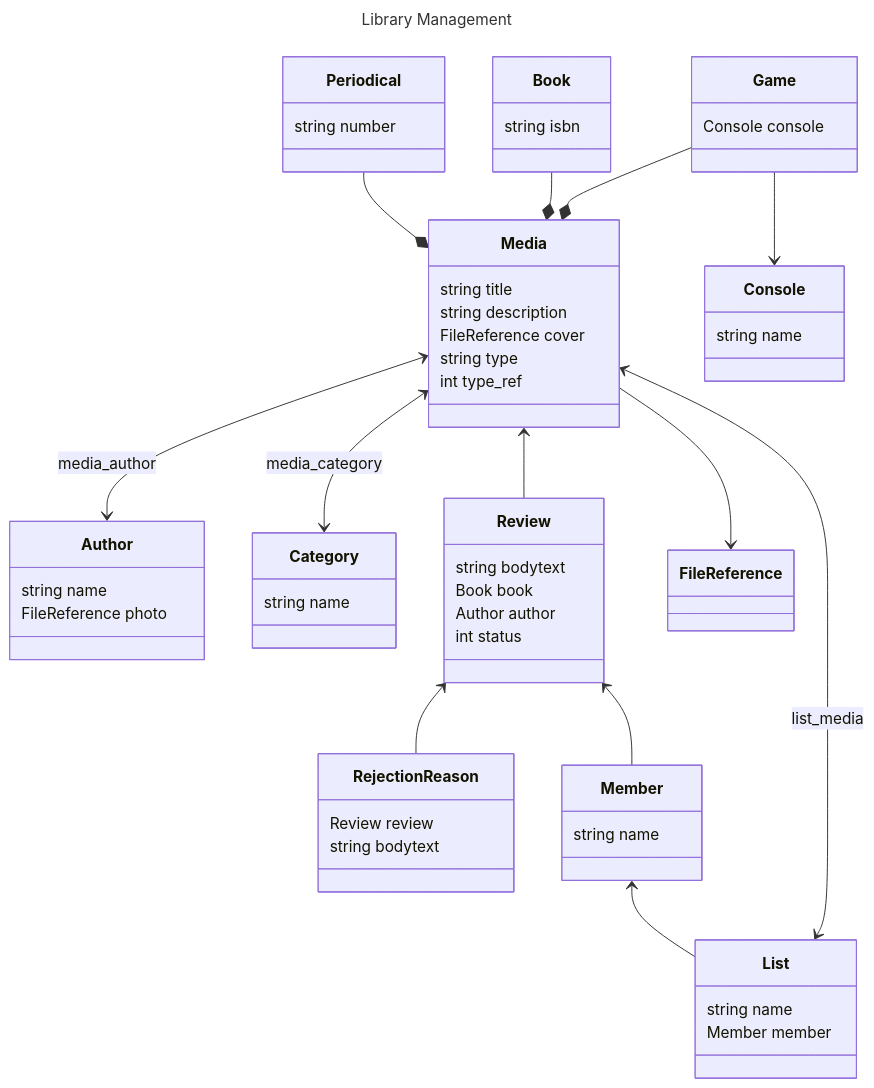
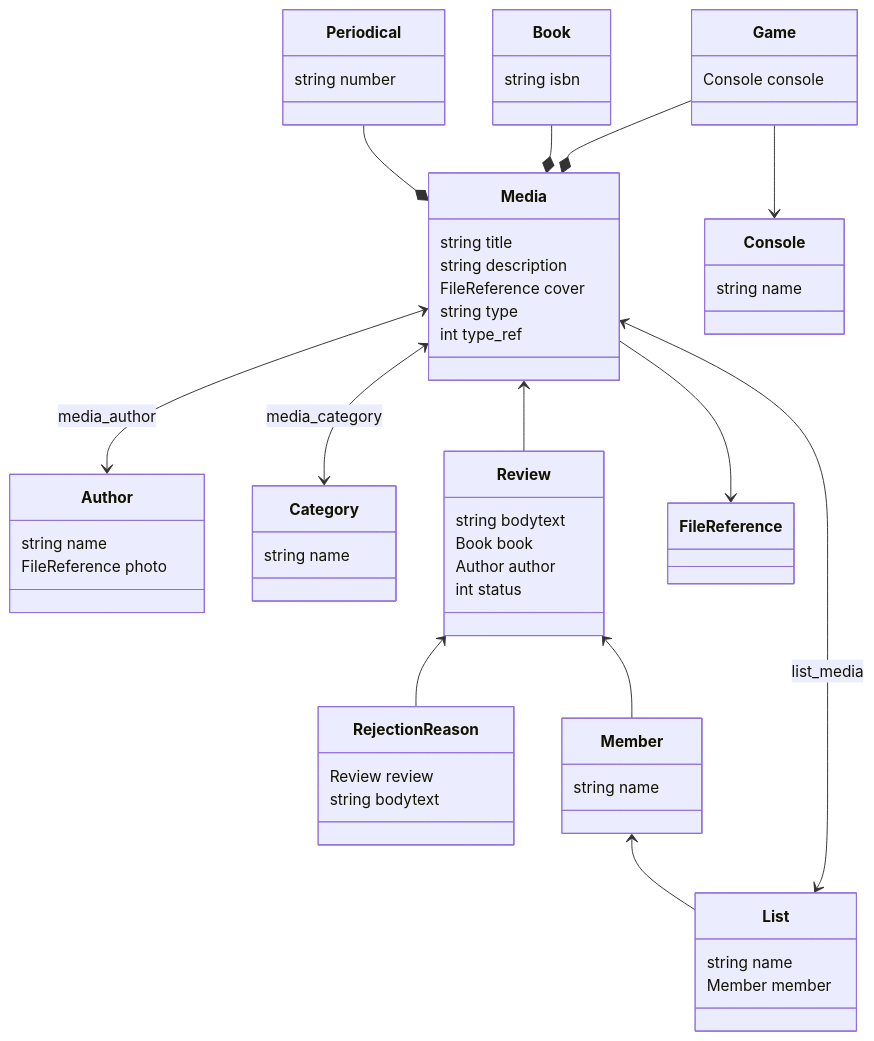
Before and after one commit to asakurayoh/extension-typo3: the diagram in class_diagram.md, drawn with Mermaid.

````diff
--- a/class_diagram.md
+++ b/class_diagram.md
@@ -3,78 +3,74 @@
 ```mermaid
----
-title: Library Management
----
-
 classDiagram
 
     class Media {
         string title
         string description
         FileReference cover
         string type
         int type_ref
     }
 
     class Book {
         string isbn
     }
 
     class Periodical {
         string number
     }
     
     class Game {
         Console console
     }
     
     class Console {
         string name
     }
 
     class Author{
         string name
         FileReference photo
     }
 
     class Category {
         string name
     }
 
     class Review {
         string bodytext
         Book book
         Author author
         int status
     }
 
     class RejectionReason {
         Review review
         string bodytext
     }
 
     class Member {
         string name
     }
 
     class List {
         string name
         Member member
     }
 
     class FileReference {
 
     }
 
     Periodical --* Media
     Book --* Media
     Game --* Media
     Media <--> Author : media_author
     Media <--> Category : media_category
     Media --> FileReference
     Media <-- Review
     Review <-- RejectionReason
     Review <-- Member
     Member <-- List
     Media <--> List : list_media
     Game --> Console
 ```
````
